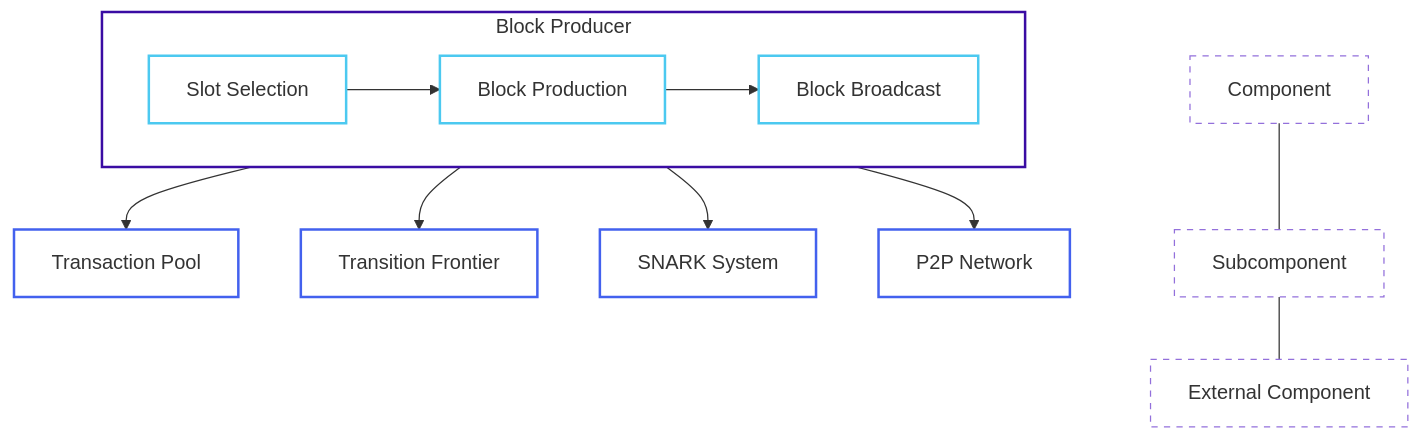
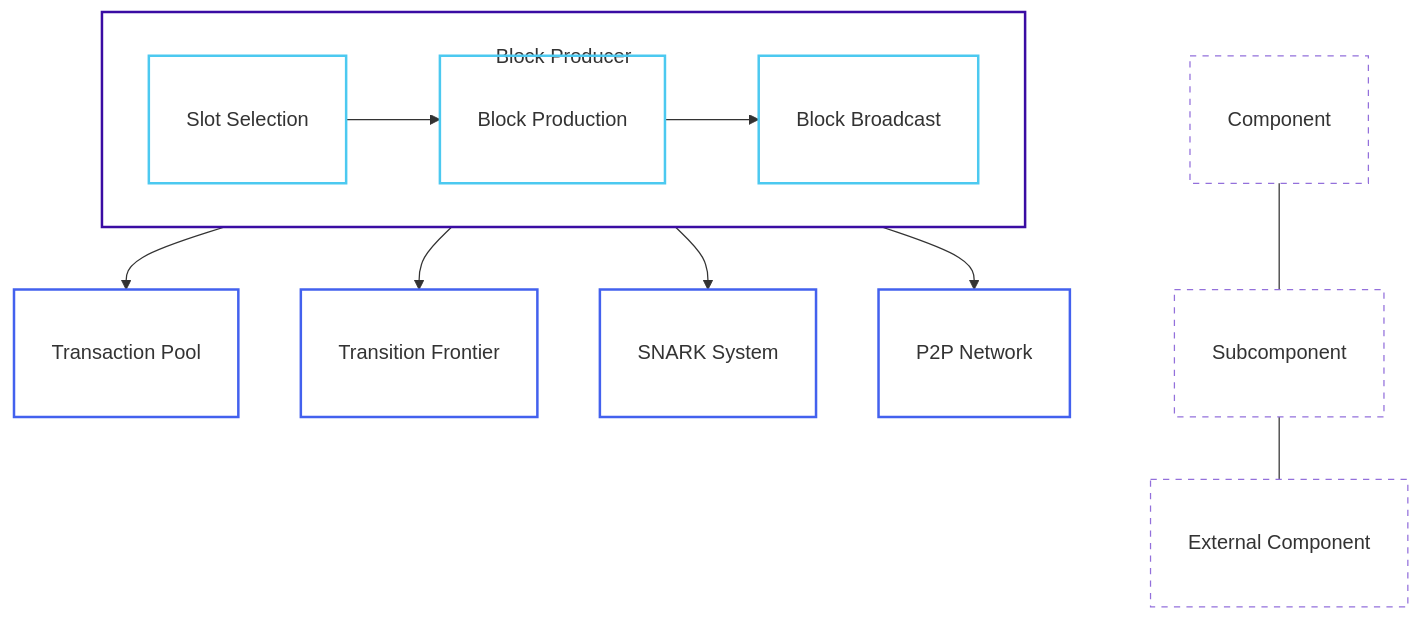
One commit to openmina/openmina changed the diagram in llm-docs-v2/components/block-producer/README.md. Above: the diagram before and after it, drawn with Mermaid. The commit also changed other lines of this file and 11 other files, not shown here.

````diff
--- a/llm-docs-v2/components/block-producer/README.md
+++ b/llm-docs-v2/components/block-producer/README.md
@@ -14,25 +14,25 @@
 ```mermaid
 graph TD
     subgraph BlockProducer["Block Producer"]
         SlotSelection["Slot Selection"] --> BlockProduction["Block Production"]
         BlockProduction --> BlockBroadcast["Block Broadcast"]
     end
-    
+
     BlockProducer --> TransactionPool["Transaction Pool"]
     BlockProducer --> TransitionFrontier["Transition Frontier"]
     BlockProducer --> SNARK["SNARK System"]
     BlockProducer --> P2P["P2P Network"]
-    
+
     %% Legend
     L1["Component"] --- L2["Subcomponent"] --- L3["External Component"]
-    
-    classDef bpClass stroke:#3a0ca3,stroke-width:2px,fill:none;
-    classDef subcompClass stroke:#4cc9f0,stroke-width:2px,fill:none;
-    classDef extClass stroke:#4361ee,stroke-width:2px,fill:none;
-    classDef legend stroke-dasharray: 5 5, fill:none;
-    
+
+    classDef bpClass stroke:#3a0ca3,stroke-width:2px,fill:none,padding:15px,margin:10px;
+    classDef subcompClass stroke:#4cc9f0,stroke-width:2px,fill:none,padding:15px,margin:10px;
+    classDef extClass stroke:#4361ee,stroke-width:2px,fill:none,padding:15px,margin:10px;
+    classDef legend stroke-dasharray: 5 5, fill:none,padding:15px,margin:10px;
+
     class BlockProducer bpClass;
     class SlotSelection,BlockProduction,BlockBroadcast subcompClass;
     class TransactionPool,TransitionFrontier,SNARK,P2P extClass;
     class L1,L2,L3 legend;
 ```
````
